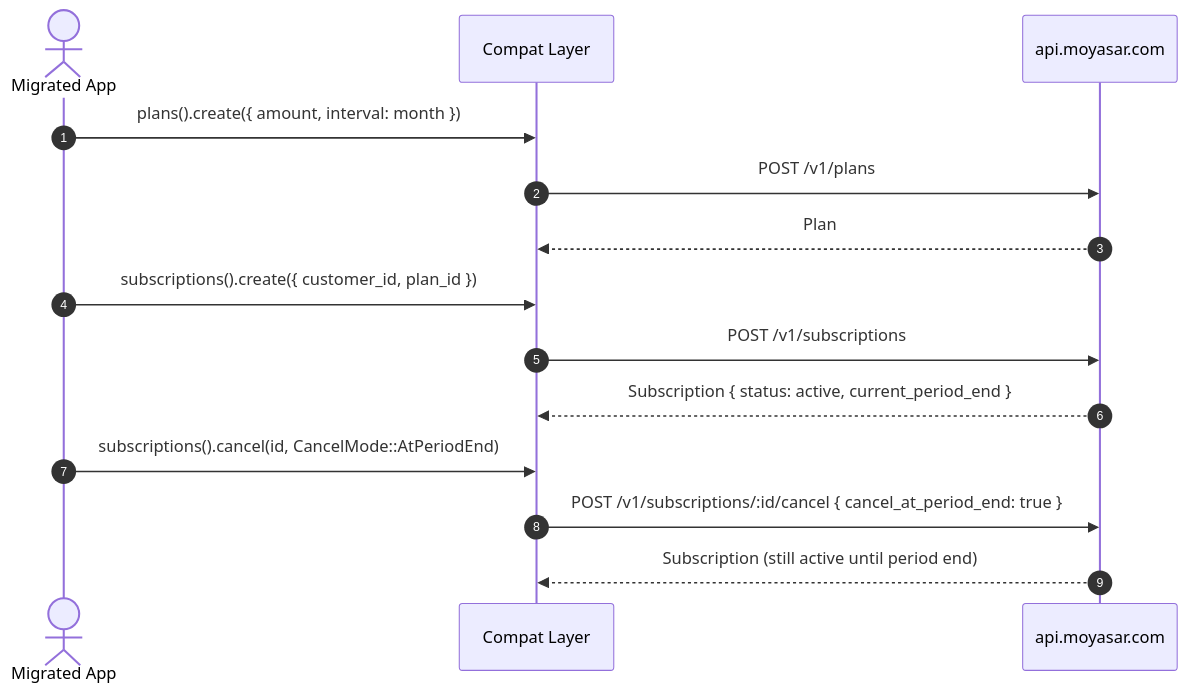
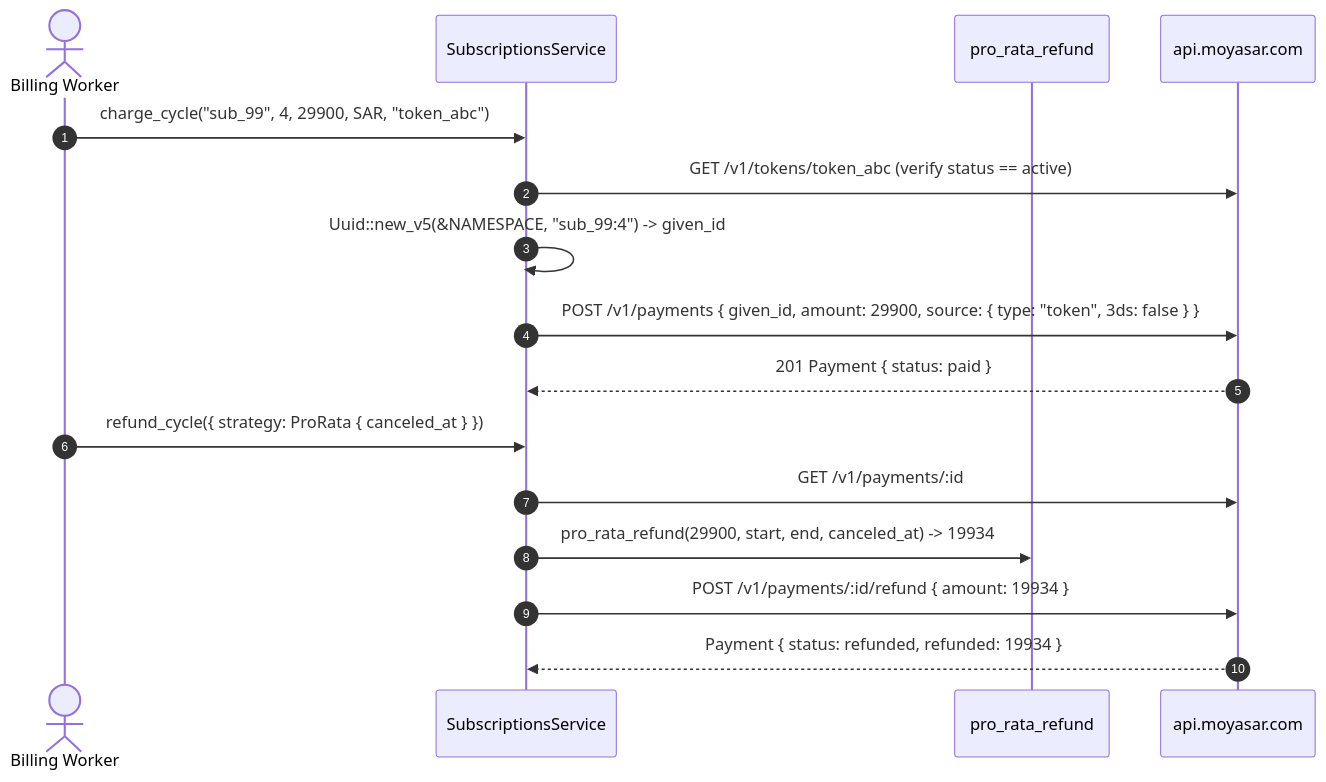
One commit to some-of-cs/some-moyasar changed the diagram in docs/user-stories/module-8-cross-cutting/US-8.2.0-stripe-compat-subscriptions.md. Above: the diagram before and after it, drawn with Mermaid. The commit also changed other lines of this file and 25 other files, not shown here.

First line of the commit message:
docs(specs): remediate decomposition roadmap and all 23 user stories for divide-and-conquer readiness

````diff
--- a/docs/user-stories/module-8-cross-cutting/US-8.2.0-stripe-compat-subscriptions.md
+++ b/docs/user-stories/module-8-cross-cutting/US-8.2.0-stripe-compat-subscriptions.md
@@ -164,17 +160,19 @@
 ```mermaid
 sequenceDiagram
     autonumber
-    actor App as Migrated App
-    participant C as Compat Layer
+    actor Scheduler as Billing Worker
+    participant Sub as SubscriptionsService
+    participant Calc as pro_rata_refund
     participant API as api.moyasar.com
 
-    App->>C: plans().create({ amount, interval: month })
-    C->>API: POST /v1/plans
-    API-->>C: Plan
-    App->>C: subscriptions().create({ customer_id, plan_id })
-    C->>API: POST /v1/subscriptions
-    API-->>C: Subscription { status: active, current_period_end }
-    App->>C: subscriptions().cancel(id, CancelMode::AtPeriodEnd)
-    C->>API: POST /v1/subscriptions/:id/cancel { cancel_at_period_end: true }
-    API-->>C: Subscription (still active until period end)
+    Scheduler->>Sub: charge_cycle("sub_99", 4, 29900, SAR, "token_abc")
+    Sub->>API: GET /v1/tokens/token_abc (verify status == active)
+    Sub->>Sub: Uuid::new_v5(&NAMESPACE, "sub_99:4") -> given_id
+    Sub->>API: POST /v1/payments { given_id, amount: 29900, source: { type: "token", 3ds: false } }
+    API-->>Sub: 201 Payment { status: paid }
+    Scheduler->>Sub: refund_cycle({ strategy: ProRata { canceled_at } })
+    Sub->>API: GET /v1/payments/:id
+    Sub->>Calc: pro_rata_refund(29900, start, end, canceled_at) -> 19934
+    Sub->>API: POST /v1/payments/:id/refund { amount: 19934 }
+    API-->>Sub: Payment { status: refunded, refunded: 19934 }
 ```
````
